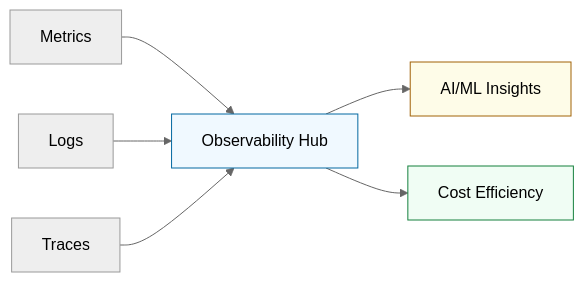
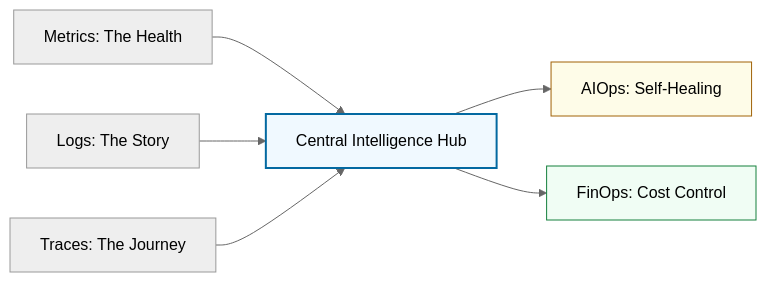
Before and after one commit to Ganil151/Devops: the diagram in 2-Intermediate/02-Phase-2/03-Modern-Operations/README.md, drawn with Mermaid (neutral theme). The commit also changed other lines of this file and 75 other files, not shown here.

````diff
--- a/2-Intermediate/02-Phase-2/03-Modern-Operations/README.md
+++ b/2-Intermediate/02-Phase-2/03-Modern-Operations/README.md
@@ -5,12 +33,12 @@
 ```mermaid
 graph LR
-    A[Metrics] --> H[Observability Hub]
-    B[Logs] --> H
-    C[Traces] --> H
-    H --> D[AI/ML Insights]
-    H --> E[Cost Efficiency]
+    A[Metrics: The Health] --> H[Central Intelligence Hub]
+    B[Logs: The Story] --> H
+    C[Traces: The Journey] --> H
+    H --> D[AIOps: Self-Healing]
+    H --> E[FinOps: Cost Control]
     
-    style H fill:#f0f9ff,stroke:#0369a1
+    style H fill:#f0f9ff,stroke:#0369a1,stroke-width:2px
     style D fill:#fefce8,stroke:#a16207
     style E fill:#f0fdf4,stroke:#15803d
 ```
````
